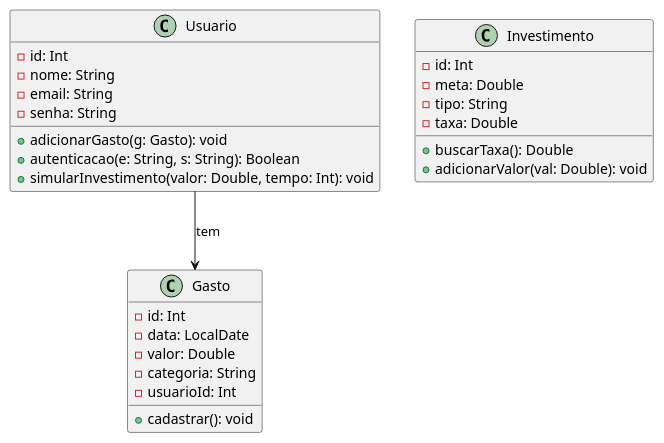
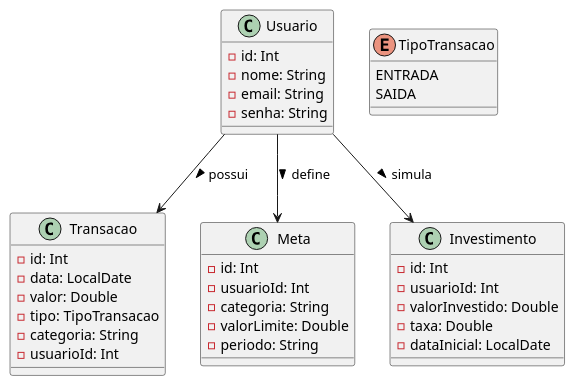
Before and after one commit to mac0350-financas/financas: the diagram in docs/diagrama.puml, drawn with PlantUML. The commit also changed 1 other file, not shown here.

Commit message:
chore: reestruturação do diagrama de classes

```diff
--- a/docs/diagrama.puml
+++ b/docs/diagrama.puml
@@ -1,31 +1,44 @@
 @startuml
-class Gasto {
-    - id: Int
-    - data: LocalDate
-    - valor: Double
-    - categoria: String
-    - usuarioId: Int
-    + cadastrar(): void
-}
 
 class Usuario {
     - id: Int
     - nome: String
     - email: String
     - senha: String
-    + adicionarGasto(g: Gasto): void
-    + autenticacao(e: String, s: String): Boolean
-    + simularInvestimento(valor: Double, tempo: Int): void
+}
+
+class Transacao {
+    - id: Int
+    - data: LocalDate
+    - valor: Double
+    - tipo: TipoTransacao
+    - categoria: String
+    - usuarioId: Int
+}
+
+enum TipoTransacao {
+    ENTRADA
+    SAIDA
+}
+
+class Meta {
+    - id: Int
+    - usuarioId: Int
+    - categoria: String
+    - valorLimite: Double
+    - periodo: String
 }
 
 class Investimento {
     - id: Int
-    - meta: Double
-    - tipo: String
+    - usuarioId: Int
+    - valorInvestido: Double
     - taxa: Double
-    + buscarTaxa(): Double
-    + adicionarValor(val: Double): void
+    - dataInicial: LocalDate
 }
 
-Usuario --> Gasto : "tem"
+Usuario --> Transacao : possui >
+Usuario --> Meta : define >
+Usuario --> Investimento : simula >
+
 @enduml
```
